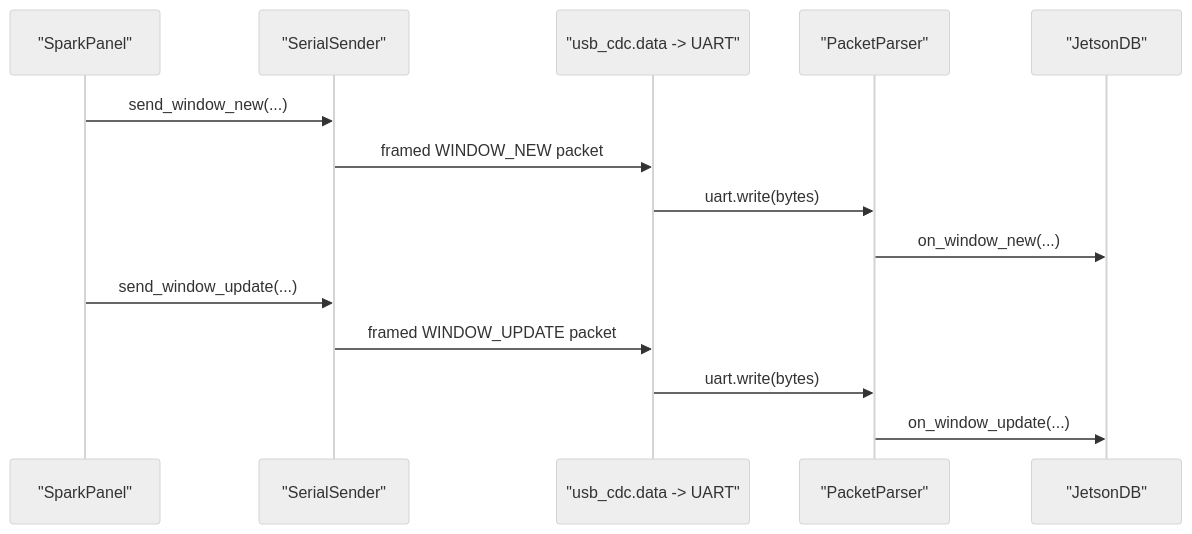
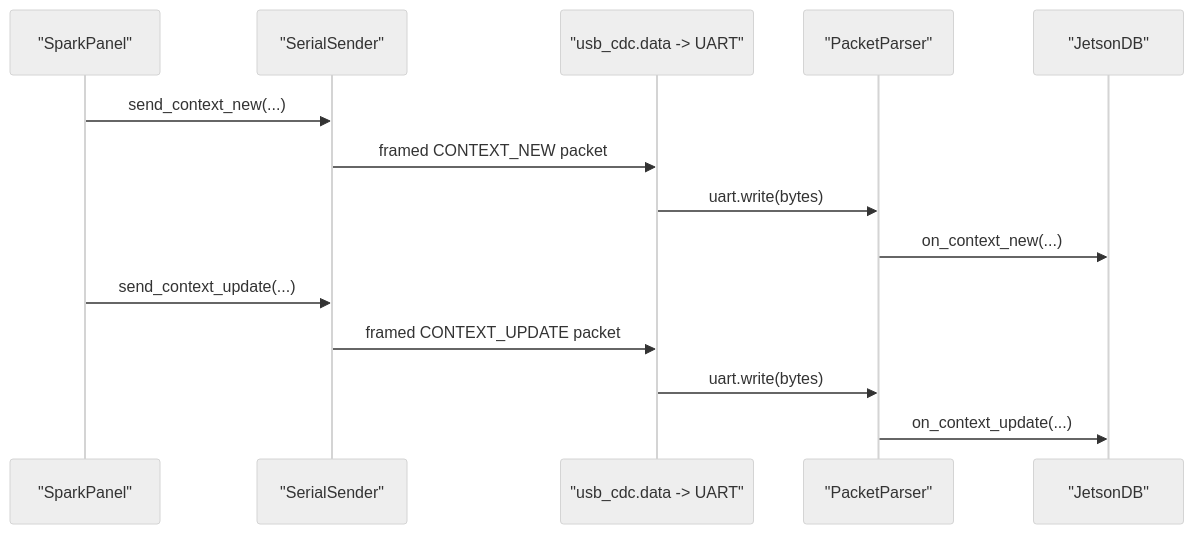
Before and after one commit to Tatyana-AC/SPARK: the second of 3 diagrams in ENGINEERING_SPEC.md, drawn with Mermaid (neutral theme). The commit also changed other lines of this file and 31 other files, not shown here.

````diff
--- a/ENGINEERING_SPEC.md
+++ b/ENGINEERING_SPEC.md
@@ -356,18 +356,18 @@
 ```mermaid
 sequenceDiagram
     participant Host as "SparkPanel"
     participant Serial as "SerialSender"
     participant Pico as "usb_cdc.data -> UART"
     participant Jetson as "PacketParser"
     participant DB as "JetsonDB"
 
-    Host->>Serial: send_window_new(...)
-    Serial->>Pico: framed WINDOW_NEW packet
+    Host->>Serial: send_context_new(...)
+    Serial->>Pico: framed CONTEXT_NEW packet
     Pico->>Jetson: uart.write(bytes)
-    Jetson->>DB: on_window_new(...)
+    Jetson->>DB: on_context_new(...)
 
-    Host->>Serial: send_window_update(...)
-    Serial->>Pico: framed WINDOW_UPDATE packet
+    Host->>Serial: send_context_update(...)
+    Serial->>Pico: framed CONTEXT_UPDATE packet
     Pico->>Jetson: uart.write(bytes)
-    Jetson->>DB: on_window_update(...)
+    Jetson->>DB: on_context_update(...)
 ```
````
